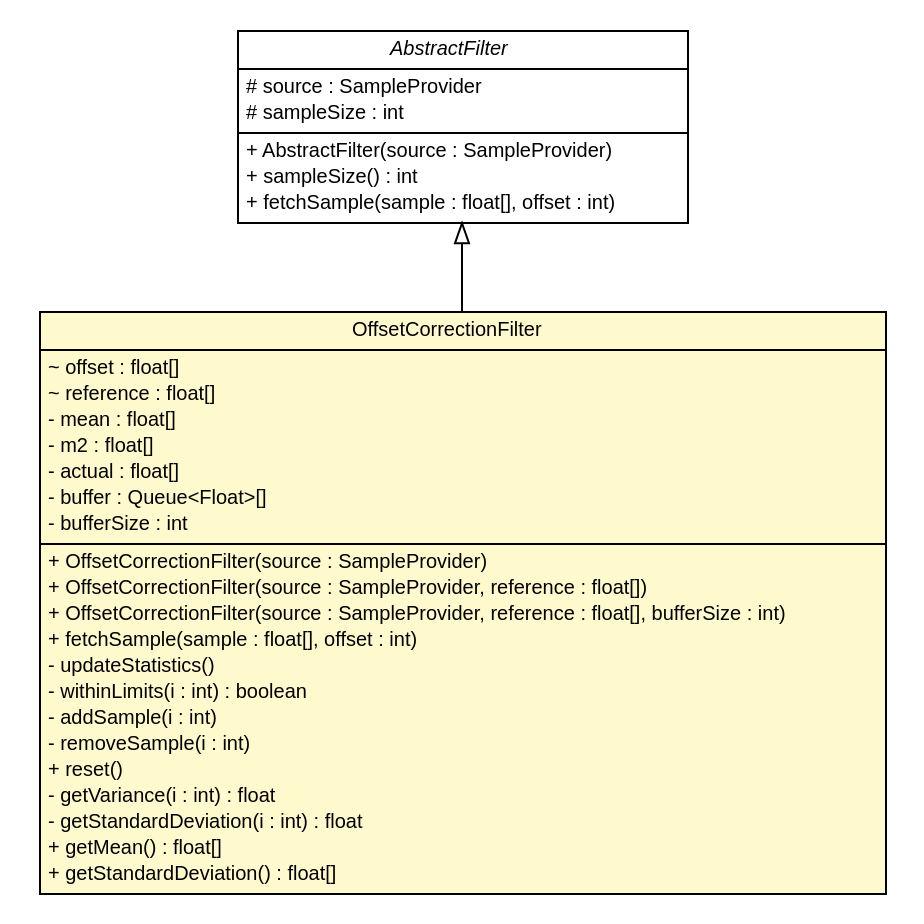
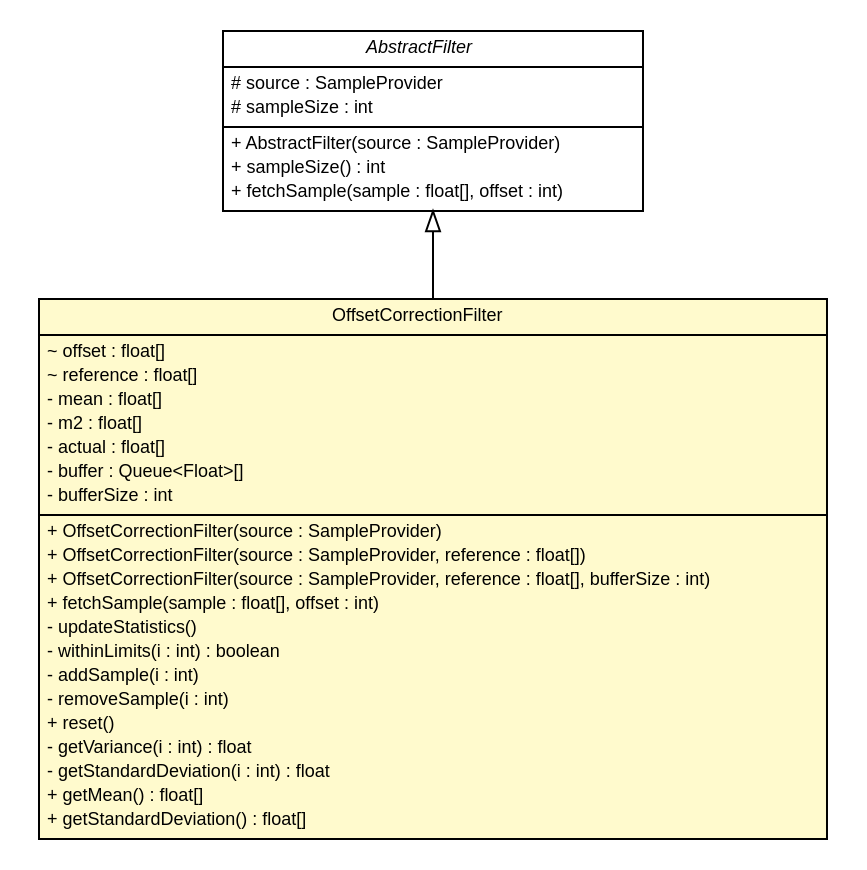
The diagram in docs/api/lejos/robotics/filter/OffsetCorrectionFilter.dot (ev3dev-lang-java/ev3dev-lang-java), drawn with Graphviz before and after one commit. The commit also changed 413 other files, not shown here.

```diff
--- a/docs/api/lejos/robotics/filter/OffsetCorrectionFilter.dot
+++ b/docs/api/lejos/robotics/filter/OffsetCorrectionFilter.dot
@@ -1,59 +1,59 @@
 #!/usr/local/bin/dot
 #
 # Class diagram 
 # Generated by UMLGraph version R5_6-24-gf6e263 (http://www.umlgraph.org/)
 #
 
 digraph G {
 	edge [fontname="Helvetica",fontsize=10,labelfontname="Helvetica",labelfontsize=10];
 	node [fontname="Helvetica",fontsize=10,shape=plaintext];
 	nodesep=0.25;
 	ranksep=0.5;
 	// lejos.robotics.filter.AbstractFilter
-	c5561 [label=<<table title="lejos.robotics.filter.AbstractFilter" border="0" cellborder="1" cellspacing="0" cellpadding="2" port="p" href="./AbstractFilter.html">
+	c5565 [label=<<table title="lejos.robotics.filter.AbstractFilter" border="0" cellborder="1" cellspacing="0" cellpadding="2" port="p" href="./AbstractFilter.html">
 		<tr><td><table border="0" cellspacing="0" cellpadding="1">
 <tr><td align="center" balign="center"><font face="Helvetica-Oblique"> AbstractFilter </font></td></tr>
 		</table></td></tr>
 		<tr><td><table border="0" cellspacing="0" cellpadding="1">
 <tr><td align="left" balign="left"> # source : SampleProvider </td></tr>
 <tr><td align="left" balign="left"> # sampleSize : int </td></tr>
 		</table></td></tr>
 		<tr><td><table border="0" cellspacing="0" cellpadding="1">
 <tr><td align="left" balign="left"> + AbstractFilter(source : SampleProvider) </td></tr>
 <tr><td align="left" balign="left"> + sampleSize() : int </td></tr>
 <tr><td align="left" balign="left"> + fetchSample(sample : float[], offset : int) </td></tr>
 		</table></td></tr>
-		</table>>, URL="./AbstractFilter.html", fontname="Helvetica", fontcolor="black", fontsize=10.0];
+		</table>>, URL="./AbstractFilter.html", fontname="Helvetica", fontcolor="black", fontsize=9.0];
 	// lejos.robotics.filter.OffsetCorrectionFilter
-	c5572 [label=<<table title="lejos.robotics.filter.OffsetCorrectionFilter" border="0" cellborder="1" cellspacing="0" cellpadding="2" port="p" bgcolor="lemonChiffon" href="./OffsetCorrectionFilter.html">
+	c5576 [label=<<table title="lejos.robotics.filter.OffsetCorrectionFilter" border="0" cellborder="1" cellspacing="0" cellpadding="2" port="p" bgcolor="lemonChiffon" href="./OffsetCorrectionFilter.html">
 		<tr><td><table border="0" cellspacing="0" cellpadding="1">
 <tr><td align="center" balign="center"> OffsetCorrectionFilter </td></tr>
 		</table></td></tr>
 		<tr><td><table border="0" cellspacing="0" cellpadding="1">
 <tr><td align="left" balign="left"> ~ offset : float[] </td></tr>
 <tr><td align="left" balign="left"> ~ reference : float[] </td></tr>
 <tr><td align="left" balign="left"> - mean : float[] </td></tr>
 <tr><td align="left" balign="left"> - m2 : float[] </td></tr>
 <tr><td align="left" balign="left"> - actual : float[] </td></tr>
 <tr><td align="left" balign="left"> - buffer : Queue&lt;Float&gt;[] </td></tr>
 <tr><td align="left" balign="left"> - bufferSize : int </td></tr>
 		</table></td></tr>
 		<tr><td><table border="0" cellspacing="0" cellpadding="1">
 <tr><td align="left" balign="left"> + OffsetCorrectionFilter(source : SampleProvider) </td></tr>
 <tr><td align="left" balign="left"> + OffsetCorrectionFilter(source : SampleProvider, reference : float[]) </td></tr>
 <tr><td align="left" balign="left"> + OffsetCorrectionFilter(source : SampleProvider, reference : float[], bufferSize : int) </td></tr>
 <tr><td align="left" balign="left"> + fetchSample(sample : float[], offset : int) </td></tr>
 <tr><td align="left" balign="left"> - updateStatistics() </td></tr>
 <tr><td align="left" balign="left"> - withinLimits(i : int) : boolean </td></tr>
 <tr><td align="left" balign="left"> - addSample(i : int) </td></tr>
 <tr><td align="left" balign="left"> - removeSample(i : int) </td></tr>
 <tr><td align="left" balign="left"> + reset() </td></tr>
 <tr><td align="left" balign="left"> - getVariance(i : int) : float </td></tr>
 <tr><td align="left" balign="left"> - getStandardDeviation(i : int) : float </td></tr>
 <tr><td align="left" balign="left"> + getMean() : float[] </td></tr>
 <tr><td align="left" balign="left"> + getStandardDeviation() : float[] </td></tr>
 		</table></td></tr>
-		</table>>, URL="./OffsetCorrectionFilter.html", fontname="Helvetica", fontcolor="black", fontsize=10.0];
+		</table>>, URL="./OffsetCorrectionFilter.html", fontname="Helvetica", fontcolor="black", fontsize=9.0];
 	//lejos.robotics.filter.OffsetCorrectionFilter extends lejos.robotics.filter.AbstractFilter
-	c5561:p -> c5572:p [dir=back,arrowtail=empty];
+	c5565:p -> c5576:p [dir=back,arrowtail=empty];
 }
```
